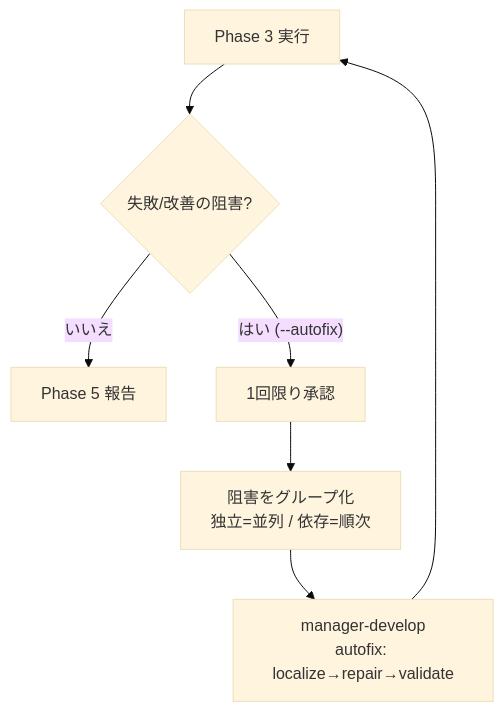
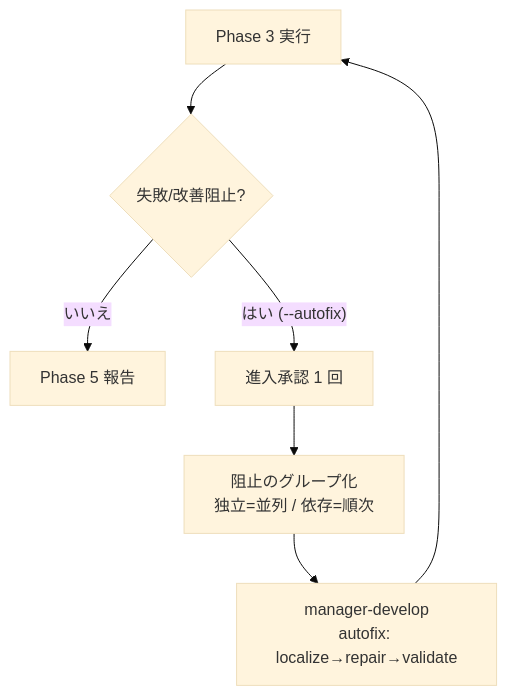
One commit to modu-ai/moai-adk changed the second of 3 diagrams in docs-site/content/ja/utility-commands/moai-e2e.md. Above: the diagram before and after it, drawn with Mermaid (base theme). The commit also changed other lines of this file and 180 other files, not shown here.

````diff
--- a/docs-site/content/ja/utility-commands/moai-e2e.md
+++ b/docs-site/content/ja/utility-commands/moai-e2e.md
@@ -132,9 +138,9 @@
 ```mermaid
 flowchart TD
-    Run["Phase 3 実行"] --> Fail{"失敗/改善の阻害?"}
+    Run["Phase 3 実行"] --> Fail{"失敗/改善阻止?"}
     Fail -->|"いいえ"| Green["Phase 5 報告"]
-    Fail -->|"はい (--autofix)"| Approve["1回限り承認"]
-    Approve --> Group["阻害をグループ化<br/>独立=並列 / 依存=順次"]
+    Fail -->|"はい (--autofix)"| Approve["進入承認 1 回"]
+    Approve --> Group["阻止のグループ化<br/>独立=並列 / 依存=順次"]
     Group --> Fix["manager-develop<br/>autofix: localize→repair→validate"]
     Fix --> Run
 ```
````
